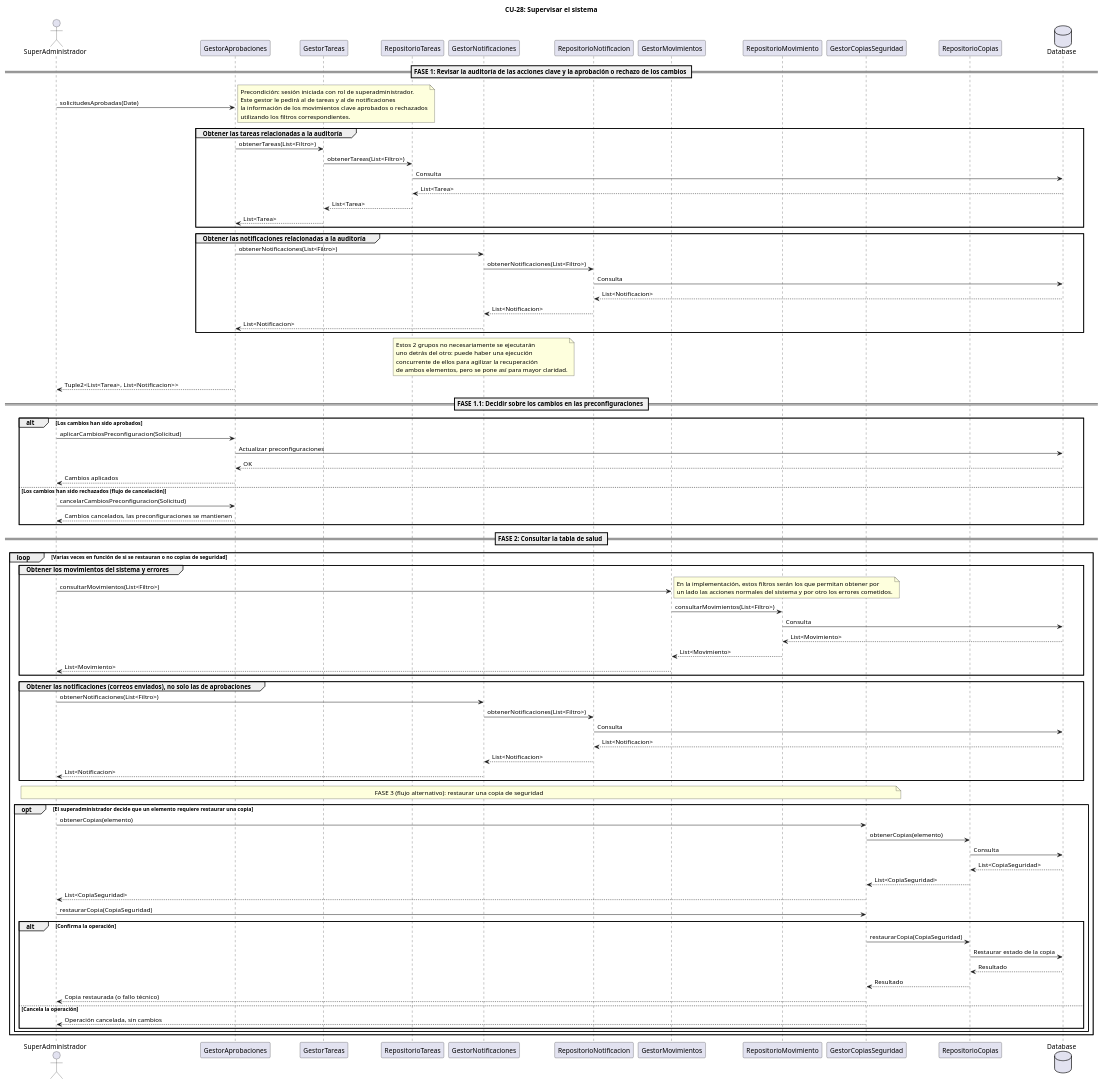
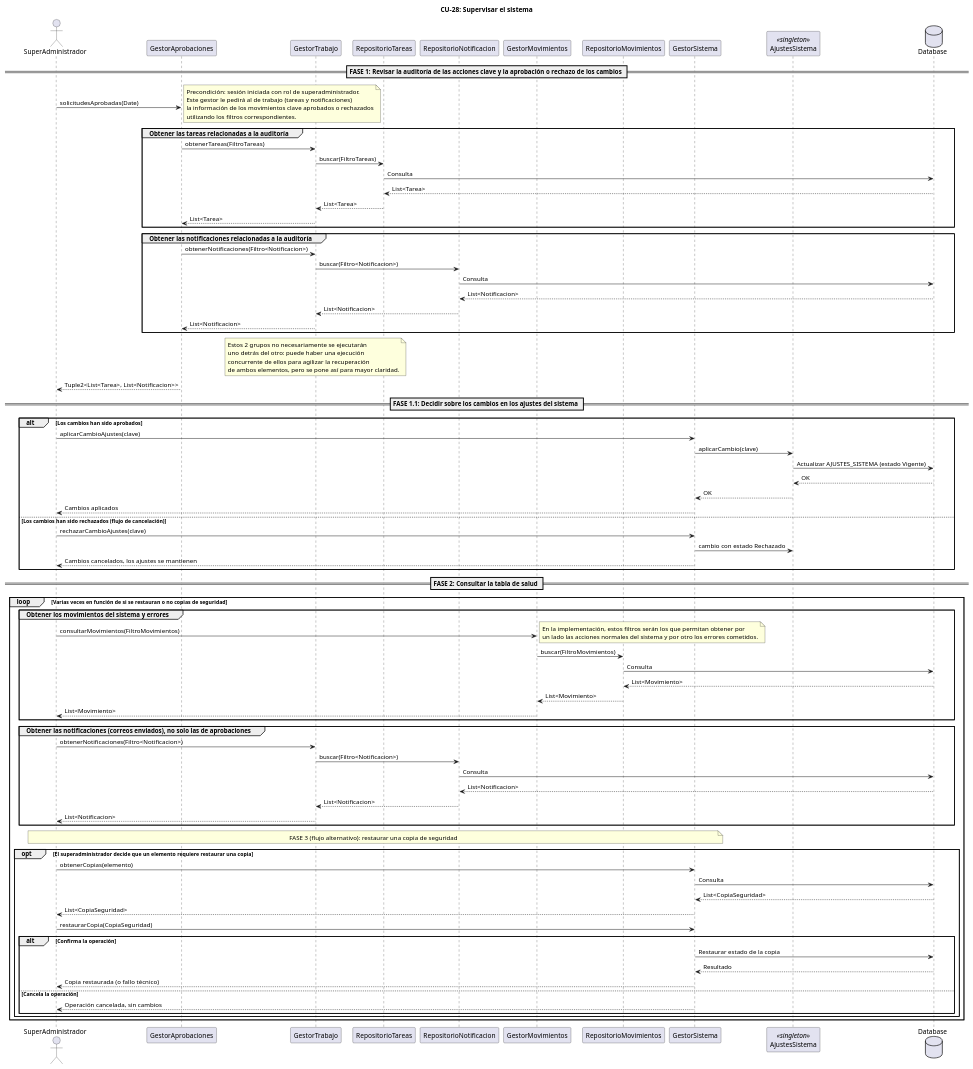
Before and after one commit to Vertossse/Elefantes: the diagram in entrega2/diagramas/secuencias/CU-28.puml, drawn with PlantUML. The commit also changed 2 other files, not shown here.

```diff
--- a/entrega2/diagramas/secuencias/CU-28.puml
+++ b/entrega2/diagramas/secuencias/CU-28.puml
@@ -1,109 +1,107 @@
 @startuml
 title CU-28: Supervisar el sistema
 
 actor SuperAdministrador
 participant GestorAprobaciones
-participant GestorTareas
+participant GestorTrabajo
 participant RepositorioTareas
-participant GestorNotificaciones
 participant RepositorioNotificacion
 participant GestorMovimientos
-participant RepositorioMovimiento
-participant GestorCopiasSeguridad
-participant RepositorioCopias
+participant RepositorioMovimientos
+participant GestorSistema
+participant AjustesSistema <<singleton>>
 database Database
 
 == FASE 1: Revisar la auditoría de las acciones clave y la aprobación o rechazo de los cambios ==
 SuperAdministrador -> GestorAprobaciones : solicitudesAprobadas(Date)
 note right
 Precondición: sesión iniciada con rol de superadministrador.
-Este gestor le pedirá al de tareas y al de notificaciones
+Este gestor le pedirá al de trabajo (tareas y notificaciones)
 la información de los movimientos clave aprobados o rechazados
 utilizando los filtros correspondientes.
 end note
 
 group Obtener las tareas relacionadas a la auditoría
-  GestorAprobaciones -> GestorTareas : obtenerTareas(List<Filtro>)
-  GestorTareas -> RepositorioTareas : obtenerTareas(List<Filtro>)
+  GestorAprobaciones -> GestorTrabajo : obtenerTareas(FiltroTareas)
+  GestorTrabajo -> RepositorioTareas : buscar(FiltroTareas)
   RepositorioTareas -> Database : Consulta
   Database --> RepositorioTareas : List<Tarea>
-  RepositorioTareas --> GestorTareas : List<Tarea>
-  GestorTareas --> GestorAprobaciones : List<Tarea>
+  RepositorioTareas --> GestorTrabajo : List<Tarea>
+  GestorTrabajo --> GestorAprobaciones : List<Tarea>
 end group
 
 group Obtener las notificaciones relacionadas a la auditoría
-  GestorAprobaciones -> GestorNotificaciones : obtenerNotificaciones(List<Filtro>)
-  GestorNotificaciones -> RepositorioNotificacion : obtenerNotificaciones(List<Filtro>)
+  GestorAprobaciones -> GestorTrabajo : obtenerNotificaciones(Filtro<Notificacion>)
+  GestorTrabajo -> RepositorioNotificacion : buscar(Filtro<Notificacion>)
   RepositorioNotificacion -> Database : Consulta
   Database --> RepositorioNotificacion : List<Notificacion>
-  RepositorioNotificacion --> GestorNotificaciones : List<Notificacion>
-  GestorNotificaciones --> GestorAprobaciones : List<Notificacion>
+  RepositorioNotificacion --> GestorTrabajo : List<Notificacion>
+  GestorTrabajo --> GestorAprobaciones : List<Notificacion>
 end group
 
-note over GestorNotificaciones
+note over GestorTrabajo
 Estos 2 grupos no necesariamente se ejecutarán
 uno detrás del otro: puede haber una ejecución
 concurrente de ellos para agilizar la recuperación
 de ambos elementos, pero se pone así para mayor claridad.
 end note
 
 GestorAprobaciones --> SuperAdministrador : Tuple2<List<Tarea>, List<Notificacion>>
 
-== FASE 1.1: Decidir sobre los cambios en las preconfiguraciones ==
+== FASE 1.1: Decidir sobre los cambios en los ajustes del sistema ==
 alt Los cambios han sido aprobados
-  SuperAdministrador -> GestorAprobaciones : aplicarCambiosPreconfiguracion(Solicitud)
-  GestorAprobaciones -> Database : Actualizar preconfiguraciones
-  Database --> GestorAprobaciones : OK
-  GestorAprobaciones --> SuperAdministrador : Cambios aplicados
+  SuperAdministrador -> GestorSistema : aplicarCambioAjustes(clave)
+  GestorSistema -> AjustesSistema : aplicarCambio(clave)
+  AjustesSistema -> Database : Actualizar AJUSTES_SISTEMA (estado Vigente)
+  Database --> AjustesSistema : OK
+  AjustesSistema --> GestorSistema : OK
+  GestorSistema --> SuperAdministrador : Cambios aplicados
 else Los cambios han sido rechazados (flujo de cancelación)
-  SuperAdministrador -> GestorAprobaciones : cancelarCambiosPreconfiguracion(Solicitud)
-  GestorAprobaciones --> SuperAdministrador : Cambios cancelados, las preconfiguraciones se mantienen
+  SuperAdministrador -> GestorSistema : rechazarCambioAjustes(clave)
+  GestorSistema -> AjustesSistema : cambio con estado Rechazado
+  GestorSistema --> SuperAdministrador : Cambios cancelados, los ajustes se mantienen
 end
 
 == FASE 2: Consultar la tabla de salud ==
 loop Varias veces en función de si se restauran o no copias de seguridad
   group Obtener los movimientos del sistema y errores
-    SuperAdministrador -> GestorMovimientos : consultarMovimientos(List<Filtro>)
+    SuperAdministrador -> GestorMovimientos : consultarMovimientos(FiltroMovimientos)
     note right
     En la implementación, estos filtros serán los que permitan obtener por
     un lado las acciones normales del sistema y por otro los errores cometidos.
     end note
-    GestorMovimientos -> RepositorioMovimiento : consultarMovimientos(List<Filtro>)
-    RepositorioMovimiento -> Database : Consulta
-    Database --> RepositorioMovimiento : List<Movimiento>
-    RepositorioMovimiento --> GestorMovimientos : List<Movimiento>
+    GestorMovimientos -> RepositorioMovimientos : buscar(FiltroMovimientos)
+    RepositorioMovimientos -> Database : Consulta
+    Database --> RepositorioMovimientos : List<Movimiento>
+    RepositorioMovimientos --> GestorMovimientos : List<Movimiento>
     GestorMovimientos --> SuperAdministrador : List<Movimiento>
   end group
 
   group Obtener las notificaciones (correos enviados), no solo las de aprobaciones
-    SuperAdministrador -> GestorNotificaciones : obtenerNotificaciones(List<Filtro>)
-    GestorNotificaciones -> RepositorioNotificacion : obtenerNotificaciones(List<Filtro>)
+    SuperAdministrador -> GestorTrabajo : obtenerNotificaciones(Filtro<Notificacion>)
+    GestorTrabajo -> RepositorioNotificacion : buscar(Filtro<Notificacion>)
     RepositorioNotificacion -> Database : Consulta
     Database --> RepositorioNotificacion : List<Notificacion>
-    RepositorioNotificacion --> GestorNotificaciones : List<Notificacion>
-    GestorNotificaciones --> SuperAdministrador : List<Notificacion>
+    RepositorioNotificacion --> GestorTrabajo : List<Notificacion>
+    GestorTrabajo --> SuperAdministrador : List<Notificacion>
   end group
 
-  note over SuperAdministrador, GestorCopiasSeguridad : FASE 3 (flujo alternativo): restaurar una copia de seguridad
+  note over SuperAdministrador, GestorSistema : FASE 3 (flujo alternativo): restaurar una copia de seguridad
   opt El superadministrador decide que un elemento requiere restaurar una copia
-    SuperAdministrador -> GestorCopiasSeguridad : obtenerCopias(elemento)
-    GestorCopiasSeguridad -> RepositorioCopias : obtenerCopias(elemento)
-    RepositorioCopias -> Database : Consulta
-    Database --> RepositorioCopias : List<CopiaSeguridad>
-    RepositorioCopias --> GestorCopiasSeguridad : List<CopiaSeguridad>
-    GestorCopiasSeguridad --> SuperAdministrador : List<CopiaSeguridad>
+    SuperAdministrador -> GestorSistema : obtenerCopias(elemento)
+    GestorSistema -> Database : Consulta
+    Database --> GestorSistema : List<CopiaSeguridad>
+    GestorSistema --> SuperAdministrador : List<CopiaSeguridad>
 
-    SuperAdministrador -> GestorCopiasSeguridad : restaurarCopia(CopiaSeguridad)
+    SuperAdministrador -> GestorSistema : restaurarCopia(CopiaSeguridad)
     alt Confirma la operación
-      GestorCopiasSeguridad -> RepositorioCopias : restaurarCopia(CopiaSeguridad)
-      RepositorioCopias -> Database : Restaurar estado de la copia
-      Database --> RepositorioCopias : Resultado
-      RepositorioCopias --> GestorCopiasSeguridad : Resultado
-      GestorCopiasSeguridad --> SuperAdministrador : Copia restaurada (o fallo técnico)
+      GestorSistema -> Database : Restaurar estado de la copia
+      Database --> GestorSistema : Resultado
+      GestorSistema --> SuperAdministrador : Copia restaurada (o fallo técnico)
     else Cancela la operación
-      GestorCopiasSeguridad --> SuperAdministrador : Operación cancelada, sin cambios
+      GestorSistema --> SuperAdministrador : Operación cancelada, sin cambios
     end
   end
 end loop
 
 @enduml
```
